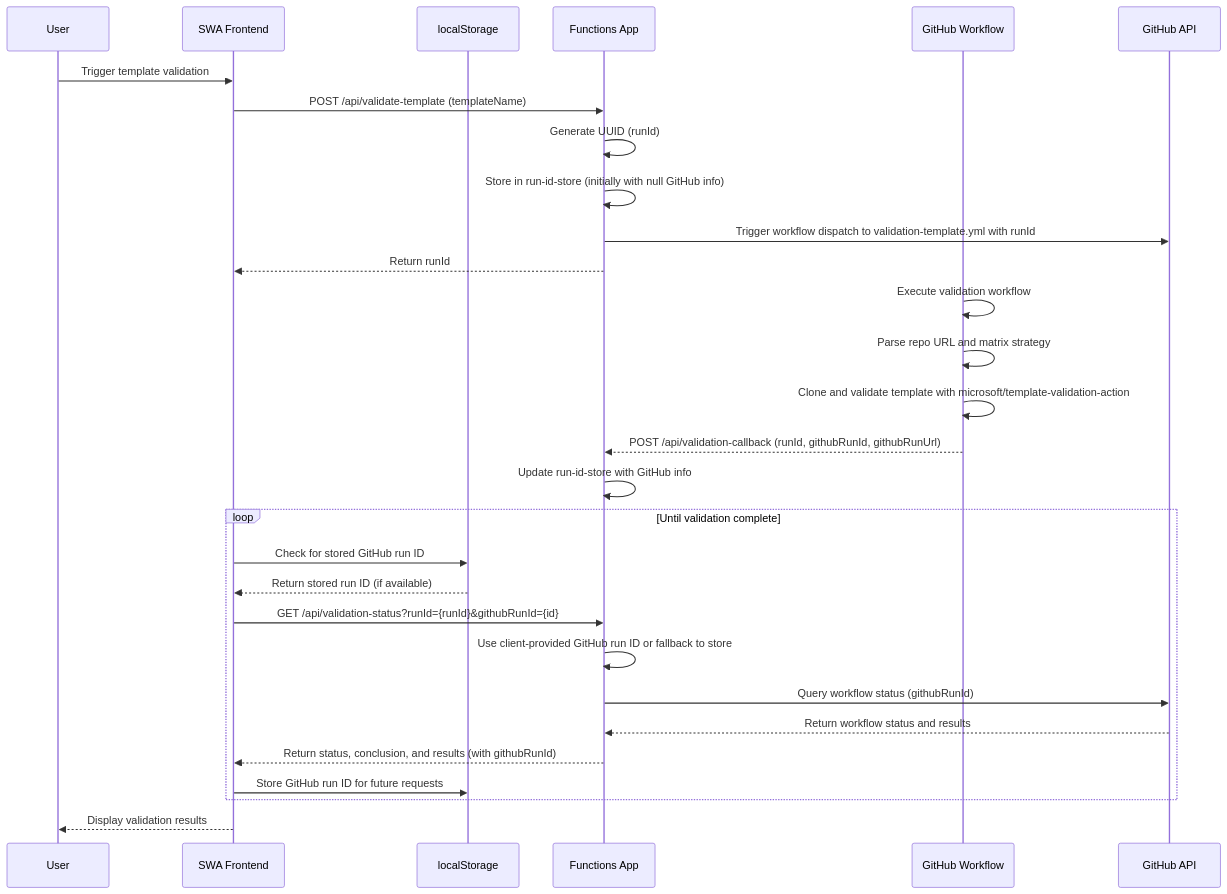
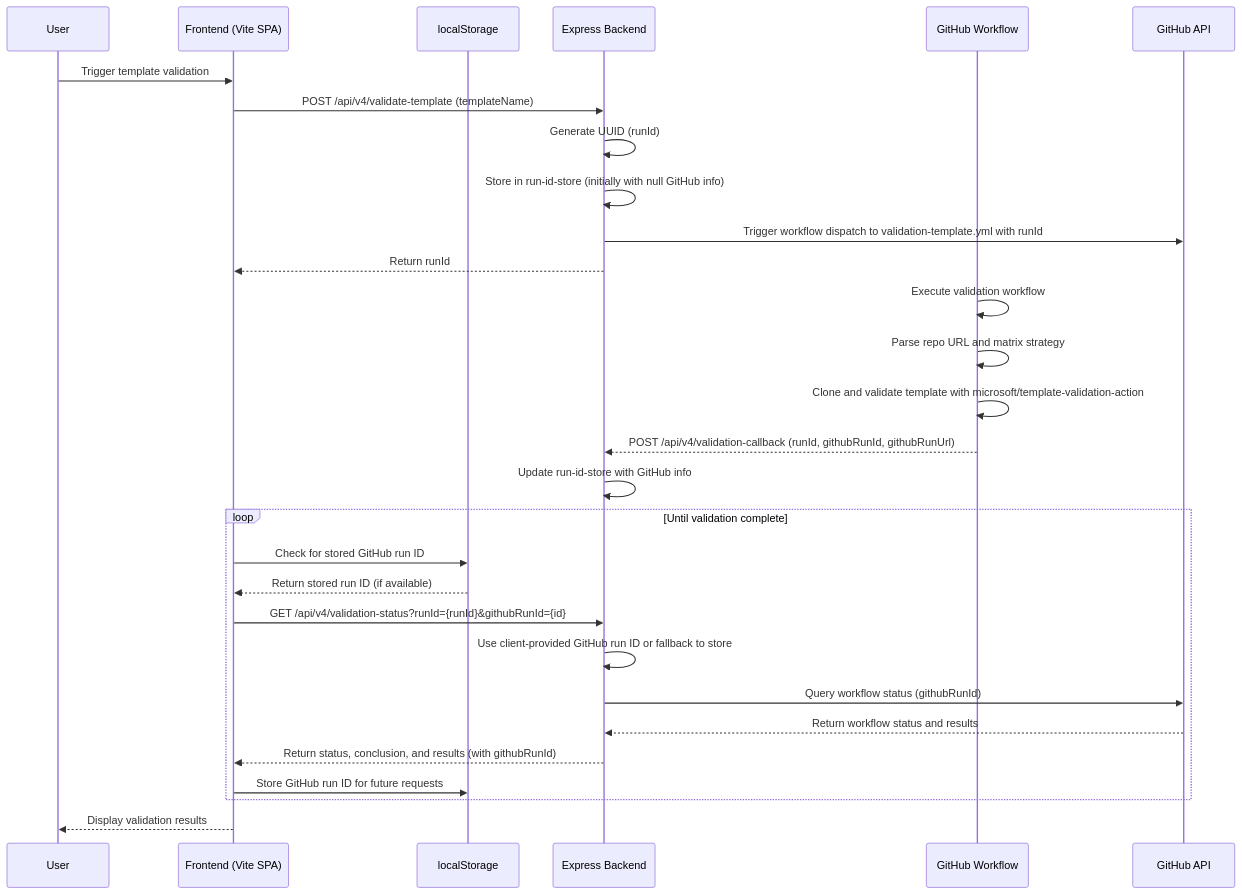
Before and after one commit to Template-Doctor/template-doctor: the first of 4 diagrams in docs/development/architecture.md, drawn with Mermaid. The commit also changed other lines of this file and 7 other files, not shown here.

````diff
--- a/docs/development/architecture.md
+++ b/docs/development/architecture.md
@@ -7,35 +18,35 @@
 ```mermaid
 sequenceDiagram
     participant U as User
-    participant SWA as SWA Frontend
+    participant FE as Frontend (Vite SPA)
     participant LS as localStorage
-    participant FA as Functions App
+    participant EX as Express Backend
     participant GH as GitHub Workflow
     participant GHA as GitHub API
 
-    U->>SWA: Trigger template validation
-    SWA->>FA: POST /api/validate-template (templateName)
-    FA->>FA: Generate UUID (runId)
-    FA->>FA: Store in run-id-store (initially with null GitHub info)
-    FA->>GHA: Trigger workflow dispatch to validation-template.yml with runId
-    FA-->>SWA: Return runId
+    U->>FE: Trigger template validation
+    FE->>EX: POST /api/v4/validate-template (templateName)
+    EX->>EX: Generate UUID (runId)
+    EX->>EX: Store in run-id-store (initially with null GitHub info)
+    EX->>GHA: Trigger workflow dispatch to validation-template.yml with runId
+    EX-->>FE: Return runId
 
     GH->>GH: Execute validation workflow
     GH->>GH: Parse repo URL and matrix strategy
     GH->>GH: Clone and validate template with microsoft/template-validation-action
-    GH-->>FA: POST /api/validation-callback (runId, githubRunId, githubRunUrl)
-    FA->>FA: Update run-id-store with GitHub info
+    GH-->>EX: POST /api/v4/validation-callback (runId, githubRunId, githubRunUrl)
+    EX->>EX: Update run-id-store with GitHub info
 
     loop Until validation complete
-        SWA->>LS: Check for stored GitHub run ID
-        LS-->>SWA: Return stored run ID (if available)
-        SWA->>FA: GET /api/validation-status?runId={runId}&githubRunId={id}
-        FA->>FA: Use client-provided GitHub run ID or fallback to store
-        FA->>GHA: Query workflow status (githubRunId)
-        GHA-->>FA: Return workflow status and results
-        FA-->>SWA: Return status, conclusion, and results (with githubRunId)
-        SWA->>LS: Store GitHub run ID for future requests
+        FE->>LS: Check for stored GitHub run ID
+        LS-->>FE: Return stored run ID (if available)
+        FE->>EX: GET /api/v4/validation-status?runId={runId}&githubRunId={id}
+        EX->>EX: Use client-provided GitHub run ID or fallback to store
+        EX->>GHA: Query workflow status (githubRunId)
+        GHA-->>EX: Return workflow status and results
+        EX-->>FE: Return status, conclusion, and results (with githubRunId)
+        FE->>LS: Store GitHub run ID for future requests
     end
 
-    SWA-->>U: Display validation results
+    FE-->>U: Display validation results
 ```
````
